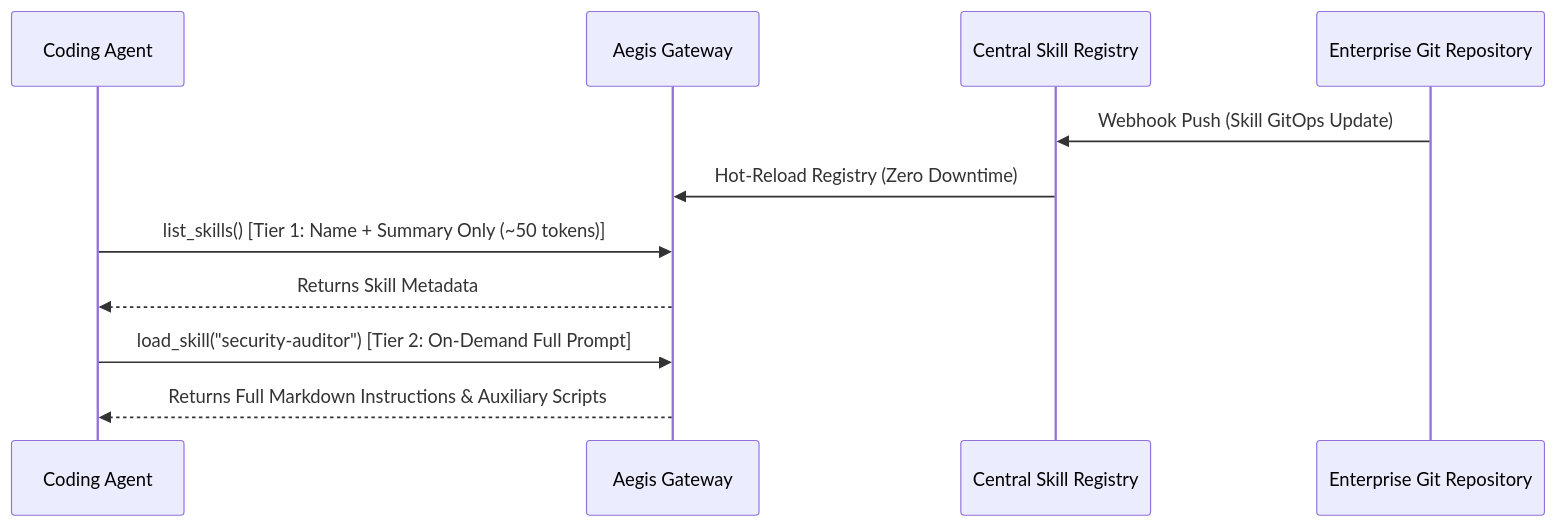
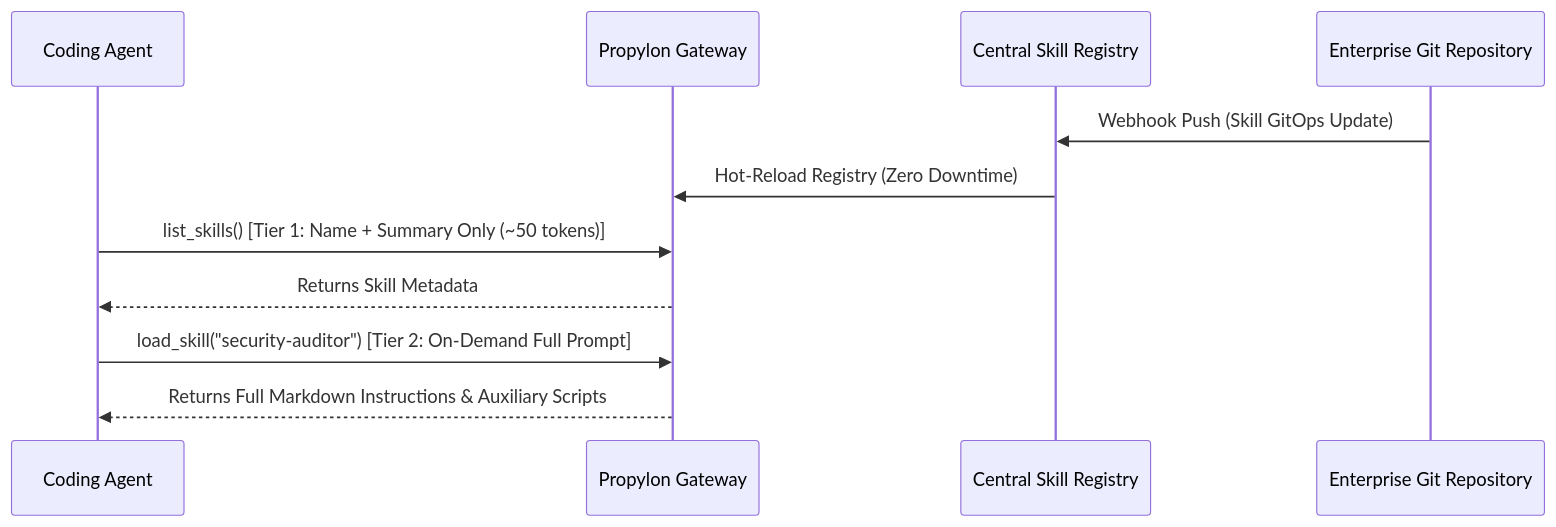
Before and after one commit to ihkaru/aegis-gateway: the diagram in docs/roadmap/06_PHASE_6_CENTRALIZED_SKILL_OS.md, drawn with Mermaid. The commit also changed other lines of this file and 253 other files, not shown here.

Commit message:
chore(rebrand): rename project from aegis to propylon across entire codebase

````diff
--- a/docs/roadmap/06_PHASE_6_CENTRALIZED_SKILL_OS.md
+++ b/docs/roadmap/06_PHASE_6_CENTRALIZED_SKILL_OS.md
@@ -43,14 +43,14 @@
 ```mermaid
 sequenceDiagram
     participant Agent as Coding Agent
-    participant Gateway as Aegis Gateway
+    participant Gateway as Propylon Gateway
     participant Registry as Central Skill Registry
     participant Git as Enterprise Git Repository
 
     Git->>Registry: Webhook Push (Skill GitOps Update)
     Registry->>Gateway: Hot-Reload Registry (Zero Downtime)
     Agent->>Gateway: list_skills() [Tier 1: Name + Summary Only (~50 tokens)]
     Gateway-->>Agent: Returns Skill Metadata
     Agent->>Gateway: load_skill("security-auditor") [Tier 2: On-Demand Full Prompt]
     Gateway-->>Agent: Returns Full Markdown Instructions & Auxiliary Scripts
 ```
````
